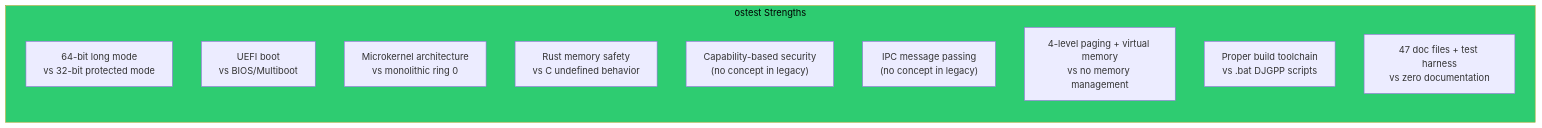
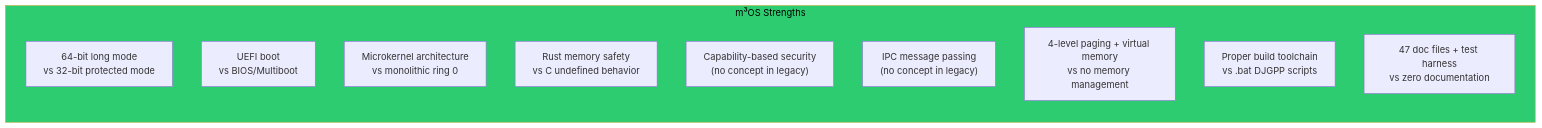
Before and after one commit to mikecubed/m3OS: the fifth of 7 diagrams in docs/legacy-os-comparison.md, drawn with Mermaid. The commit also changed other lines of this file and 24 other files, not shown here.

Commit message:
Rename ostest to m³OS (m3os) (#14)

````diff
--- a/docs/legacy-os-comparison.md
+++ b/docs/legacy-os-comparison.md
@@ -239,15 +239,15 @@
 ```mermaid
 graph LR
-    subgraph ostest_strengths["ostest Strengths"]
+    subgraph m3os_strengths["m³OS Strengths"]
         A["64-bit long mode<br/>vs 32-bit protected mode"]
         B["UEFI boot<br/>vs BIOS/Multiboot"]
         C["Microkernel architecture<br/>vs monolithic ring 0"]
         D["Rust memory safety<br/>vs C undefined behavior"]
         E["Capability-based security<br/>(no concept in legacy)"]
         F["IPC message passing<br/>(no concept in legacy)"]
         G["4-level paging + virtual memory<br/>vs no memory management"]
         H["Proper build toolchain<br/>vs .bat DJGPP scripts"]
         I["47 doc files + test harness<br/>vs zero documentation"]
     end
-    style ostest_strengths fill:#2ecc71,color:#000
+    style m3os_strengths fill:#2ecc71,color:#000
 ```
````
